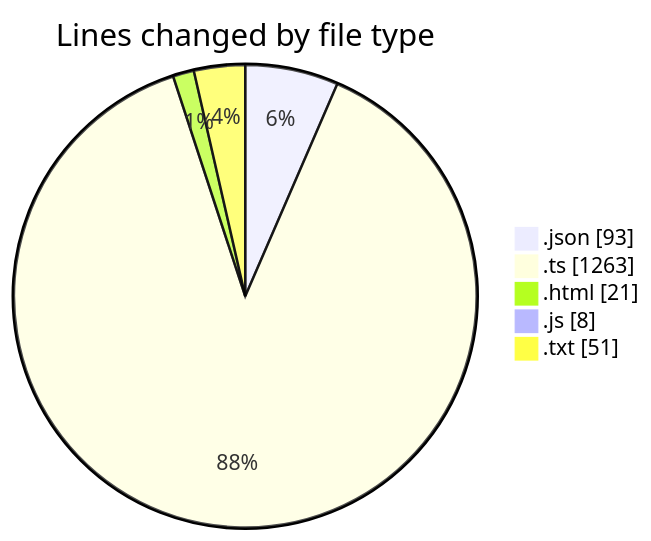
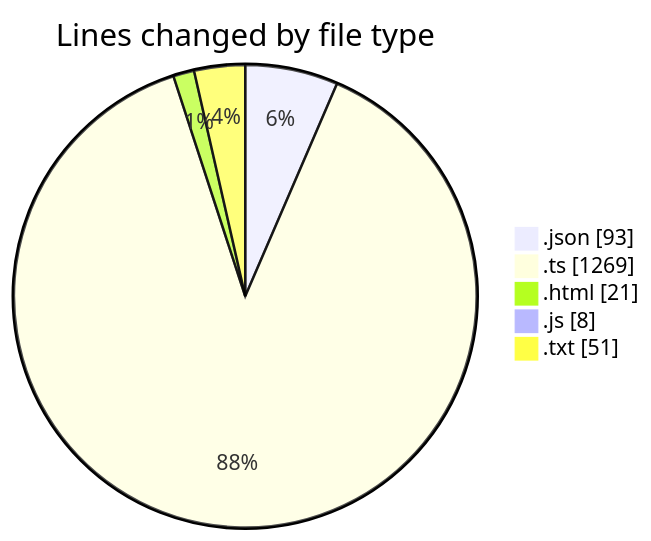
One commit to tmsrecording-cyber/code-tracking changed the first of 2 diagrams in 2026-02-02/singularitybrainai/README.md. Above: the diagram before and after it, drawn with Mermaid. The commit also changed other lines of this file and 1 other file, not shown here.

````diff
--- a/2026-02-02/singularitybrainai/README.md
+++ b/2026-02-02/singularitybrainai/README.md
@@ -29,9 +29,9 @@
 ```mermaid
 pie showData
 title Lines changed by file type
 ".json" : 93
-".ts" : 1263
+".ts" : 1269
 ".html" : 21
 ".js" : 8
 ".txt" : 51
 ```
````
